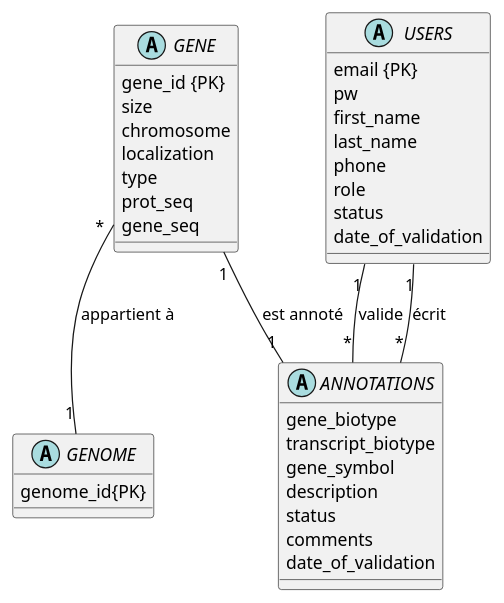
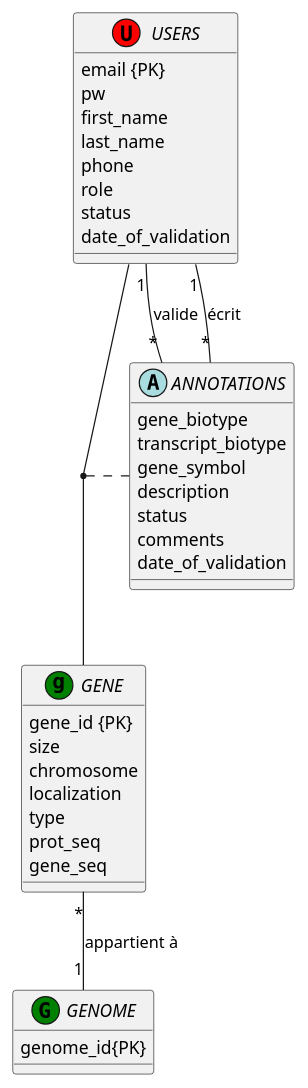
One commit to shantoux/Projet_Web changed the diagram in database/diagram.puml. Above: the diagram before and after it, drawn with PlantUML. The commit also changed 1 other file, not shown here.

Commit message:
Modifications diagramme UML

```diff
--- a/database/diagram.puml
+++ b/database/diagram.puml
@@ -1,42 +1,49 @@
-@startuml
+@startuml Diagram
+
+
+class GENOME << (G,green) >>
+class USERS << (U,red) >>
+class GENE <<(g,green) >>
 
 abstract GENOME{
     genome_id{PK}
 }
 
 abstract USERS{
     email {PK}
   pw
   first_name
   last_name
   phone
   role
   status
   date_of_validation
 }
 
 abstract GENE{
     gene_id {PK}
   size
   chromosome
   localization
   type
   prot_seq
   gene_seq
 }
 
+(USERS, GENE) .. ANNOTATIONS
+
 abstract ANNOTATIONS{
   gene_biotype 
   transcript_biotype 
   gene_symbol 
   description
   status 
   comments 
   date_of_validation
 }
 
+
 USERS "1" -- "*" ANNOTATIONS : valide
 USERS "1" -- "*" ANNOTATIONS : écrit
 GENE "*" -- "1" GENOME : appartient à
-GENE "1" -- "1" ANNOTATIONS : est annoté
 @enduml
```
